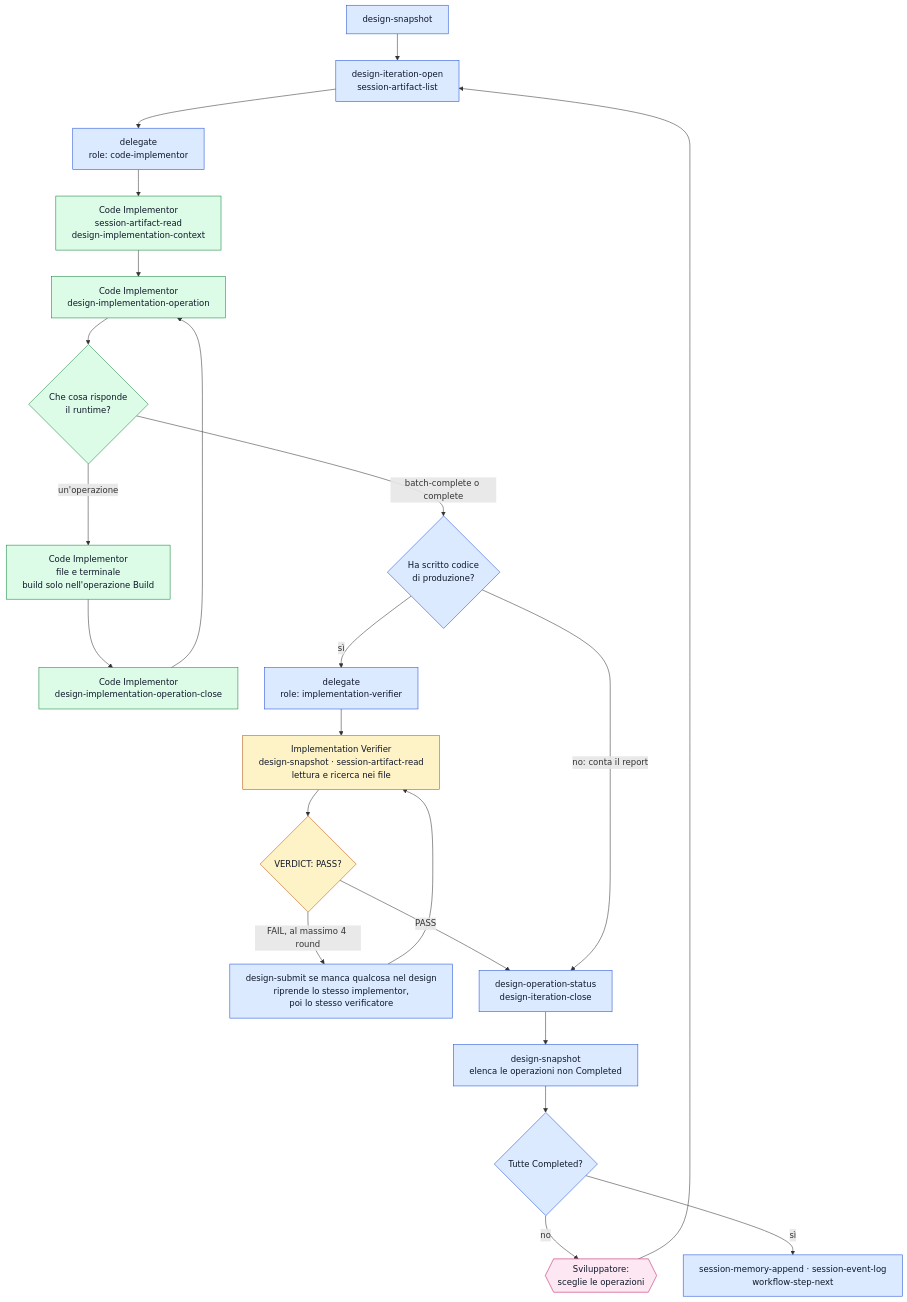
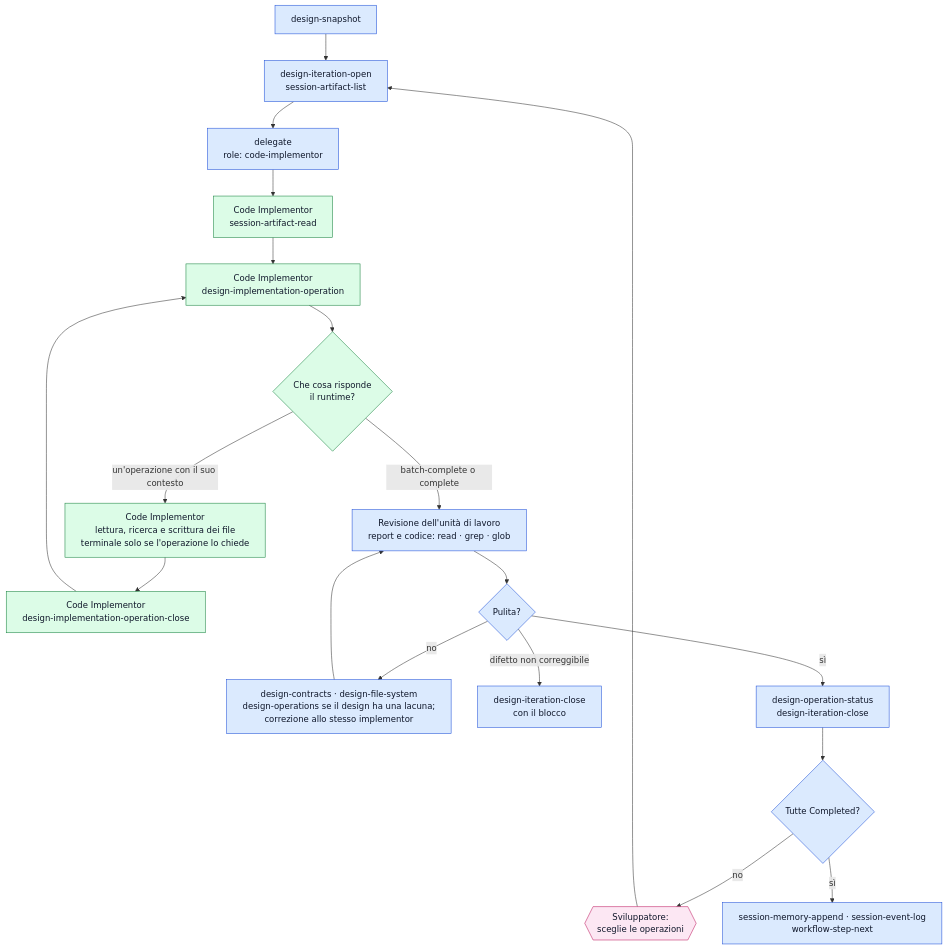
One commit to violabg/agentic-system-lessons changed the third of 4 diagrams in orchestrator/reference/strumenti-design.md. Above: the diagram before and after it, drawn with Mermaid. The commit also changed other lines of this file and 69 other files, not shown here.

````diff
--- a/orchestrator/reference/strumenti-design.md
+++ b/orchestrator/reference/strumenti-design.md
@@ -100,33 +91,28 @@
 ```mermaid
 %%{init: {"flowchart": {"wrappingWidth": 460}}}%%
 flowchart TD
     Snap["design-snapshot"] --> Open["design-iteration-open<br/>session-artifact-list"]
     Open --> Start["delegate<br/>role: code-implementor"]
-    Start --> Ctx["Code Implementor<br/>session-artifact-read<br/>design-implementation-context"]
-    Ctx --> Serve["Code Implementor<br/>design-implementation-operation"]
+    Start --> Img["Code Implementor<br/>session-artifact-read"]
+    Img --> Serve["Code Implementor<br/>design-implementation-operation"]
     Serve --> Term{"Che cosa risponde<br/>il runtime?"}
-    Term -->|"un'operazione"| Work["Code Implementor<br/>file e terminale<br/>build solo nell'operazione Build"]
+    Term -->|"un'operazione con il suo contesto"| Work["Code Implementor<br/>lettura, ricerca e scrittura dei file<br/>terminale solo se l'operazione lo chiede"]
     Work --> Close["Code Implementor<br/>design-implementation-operation-close"]
     Close --> Serve
-    Term -->|"batch-complete o complete"| Prod{"Ha scritto codice<br/>di produzione?"}
-    Prod -->|sì| Verify["delegate<br/>role: implementation-verifier"]
-    Verify --> Read["Implementation Verifier<br/>design-snapshot · session-artifact-read<br/>lettura e ricerca nei file"]
-    Read --> Verdict{"VERDICT: PASS?"}
-    Verdict -->|"FAIL, al massimo 4 round"| Fix["design-submit se manca qualcosa nel design<br/>riprende lo stesso implementor,<br/>poi lo stesso verificatore"]
-    Fix --> Read
-    Verdict -->|PASS| Status["design-operation-status<br/>design-iteration-close"]
-    Prod -->|"no: conta il report"| Status
-    Status --> List["design-snapshot<br/>elenca le operazioni non Completed"]
-    List --> Done{"Tutte Completed?"}
+    Term -->|"batch-complete o complete"| Rev["Revisione dell'unità di lavoro<br/>report e codice: read · grep · glob"]
+    Rev --> Clean{"Pulita?"}
+    Clean -->|"no"| Fix["design-contracts · design-file-system<br/>design-operations se il design ha una lacuna;<br/>correzione allo stesso implementor"]
+    Fix --> Rev
+    Clean -->|"difetto non correggibile"| Block["design-iteration-close<br/>con il blocco"]
+    Clean -->|sì| Status["design-operation-status<br/>design-iteration-close"]
+    Status --> Done{"Tutte Completed?"}
     Done -->|no| Ask{{"Sviluppatore:<br/>sceglie le operazioni"}}
     Ask --> Open
     Done -->|sì| End["session-memory-append · session-event-log<br/>workflow-step-next"]
     classDef orch fill:#dbeafe,stroke:#1d4ed8,color:#0f172a
     classDef impl fill:#dcfce7,stroke:#15803d,color:#0f172a
-    classDef verif fill:#fef3c7,stroke:#b45309,color:#0f172a
     classDef human fill:#fce7f3,stroke:#be185d,color:#0f172a
-    class Snap,Open,Start,Prod,Verify,Fix,Status,List,Done,End orch
-    class Ctx,Serve,Term,Work,Close impl
-    class Read,Verdict verif
+    class Snap,Open,Start,Rev,Clean,Fix,Block,Status,Done,End orch
+    class Img,Serve,Term,Work,Close impl
     class Ask human
 ```
````
